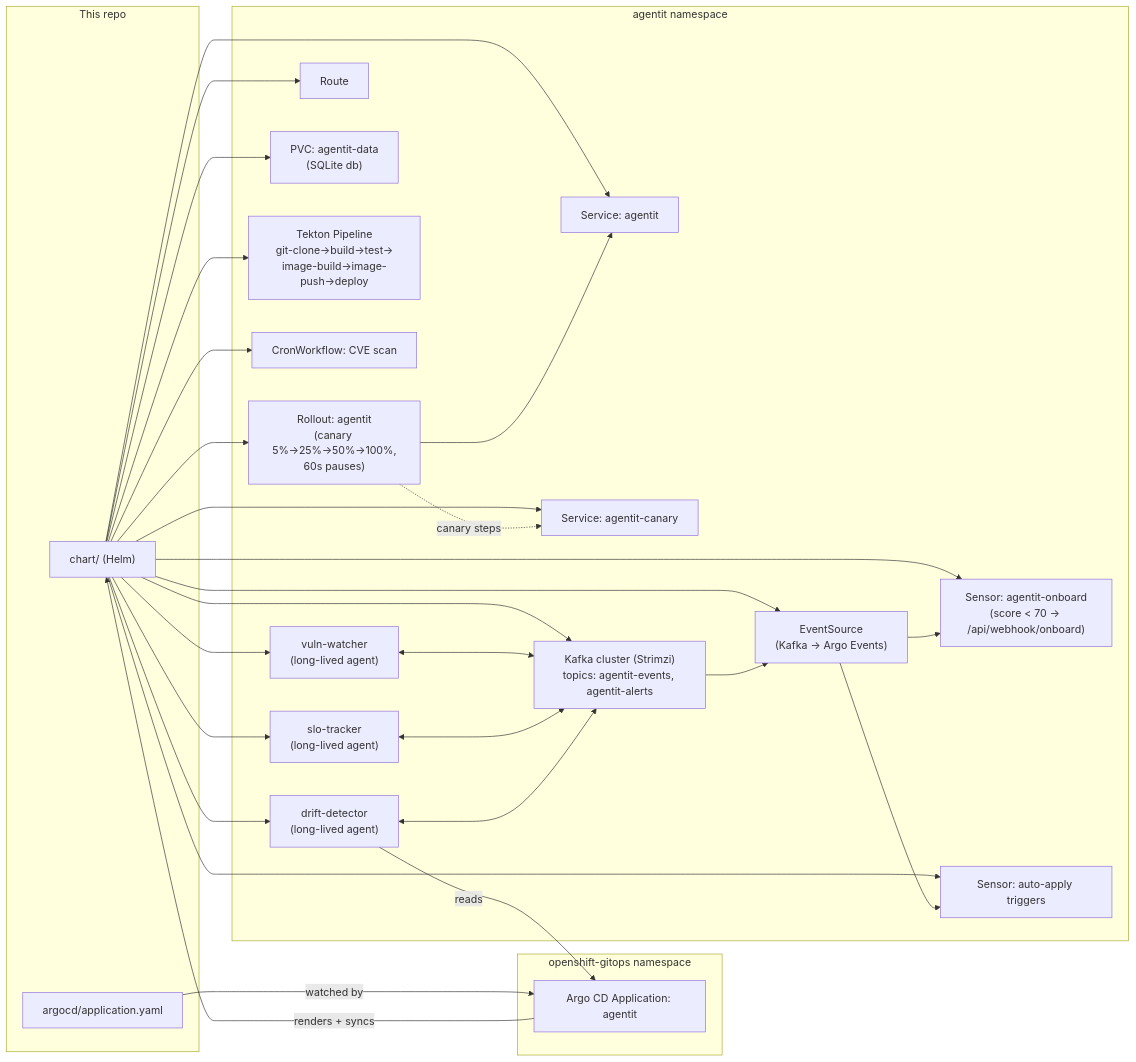
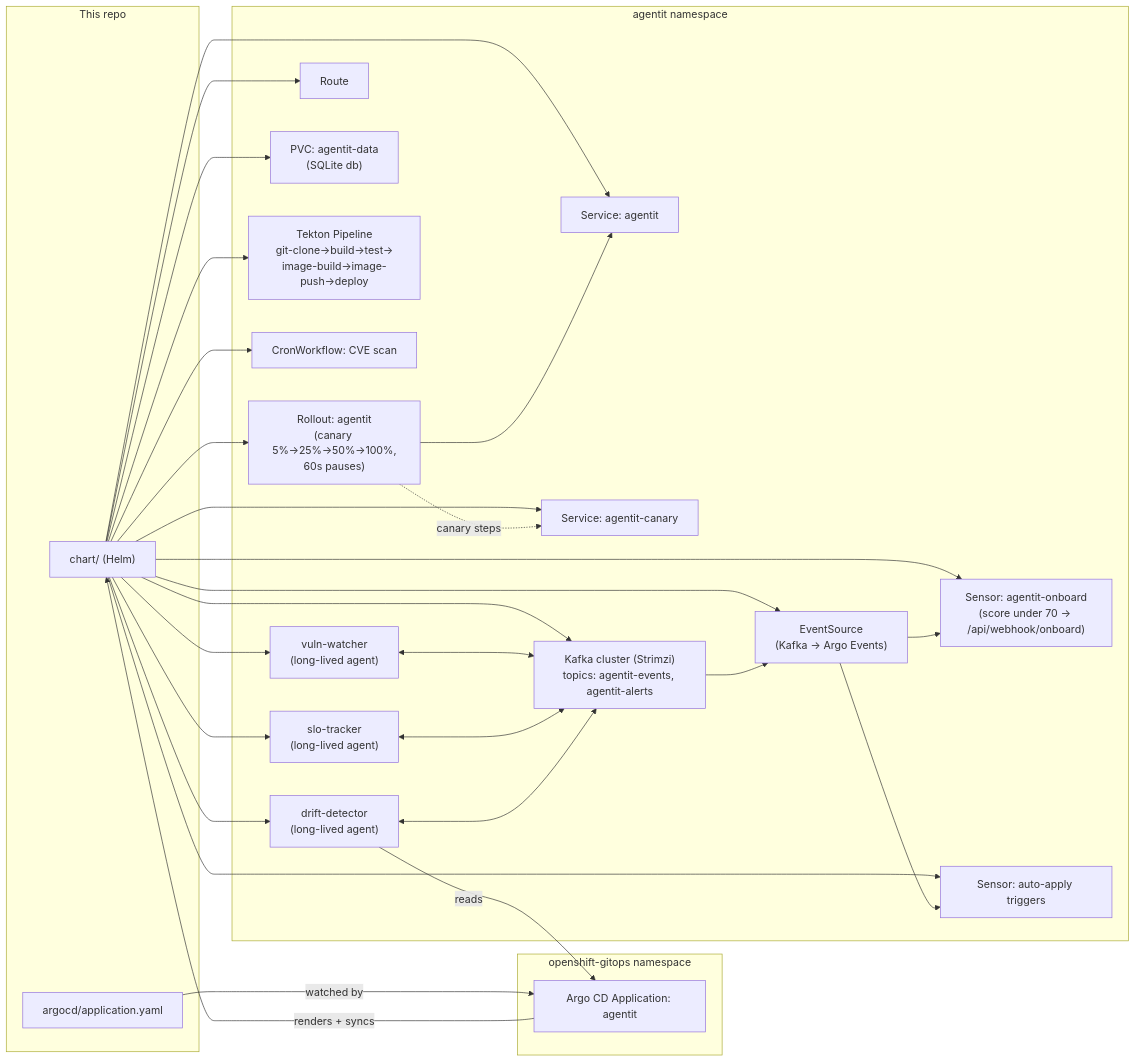
One commit to alimobrem/AgentIT changed the fourth of 4 diagrams in README.md. Above: the diagram before and after it, drawn with Mermaid. The commit also changed other lines of this file, not shown here.

First line of the commit message:
fix: remove literal < > characters breaking Mermaid rendering in README

````diff
--- a/README.md
+++ b/README.md
@@ -186,40 +186,40 @@
 ```mermaid
 graph LR
     subgraph Git["This repo"]
         Chart["chart/ (Helm)"]
         AppYaml["argocd/application.yaml"]
     end
 
     subgraph GitOps["openshift-gitops namespace"]
         ArgoCD["Argo CD Application: agentit"]
     end
 
     subgraph NS["agentit namespace"]
         Rollout["Rollout: agentit\n(canary 5%→25%→50%→100%,\n60s pauses)"]
         SvcStable["Service: agentit"]
         SvcCanary["Service: agentit-canary"]
         Route["Route"]
         PVC["PVC: agentit-data\n(SQLite db)"]
         KafkaCluster["Kafka cluster (Strimzi)\ntopics: agentit-events, agentit-alerts"]
         EventSource["EventSource\n(Kafka → Argo Events)"]
-        SensorOnboard["Sensor: agentit-onboard\n(score < 70 → /api/webhook/onboard)"]
+        SensorOnboard["Sensor: agentit-onboard\n(score under 70 → /api/webhook/onboard)"]
         SensorAutoApply["Sensor: auto-apply triggers"]
         Pipeline["Tekton Pipeline\ngit-clone→build→test→\nimage-build→image-push→deploy"]
         CronCVE["CronWorkflow: CVE scan"]
         VulnWatcher["vuln-watcher\n(long-lived agent)"]
         SloTracker["slo-tracker\n(long-lived agent)"]
         DriftDetector["drift-detector\n(long-lived agent)"]
     end
 
     AppYaml -->|watched by| ArgoCD
     ArgoCD -->|renders + syncs| Chart
     Chart --> Rollout & SvcStable & SvcCanary & Route & PVC
     Chart --> KafkaCluster & EventSource & SensorOnboard & SensorAutoApply
     Chart --> Pipeline & CronCVE
     Chart --> VulnWatcher & SloTracker & DriftDetector
     Rollout --> SvcStable
     Rollout -.canary steps.-> SvcCanary
     KafkaCluster --> EventSource --> SensorOnboard & SensorAutoApply
     VulnWatcher & SloTracker & DriftDetector <--> KafkaCluster
     DriftDetector -->|reads| ArgoCD
 ```
````
